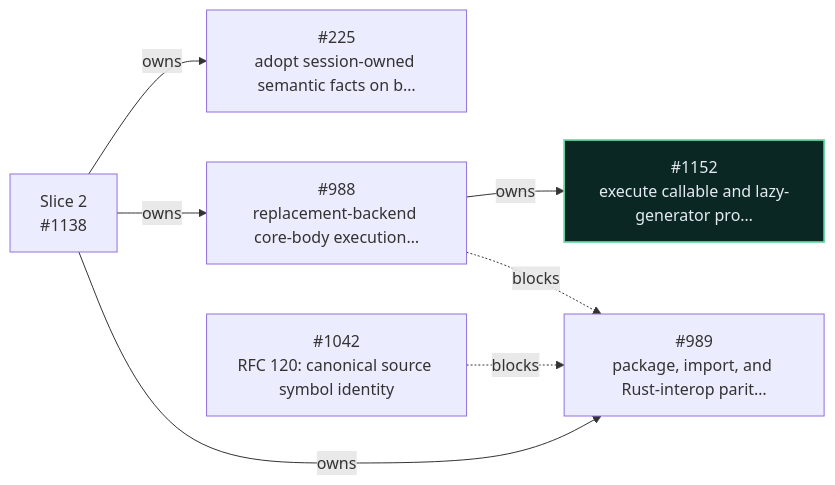
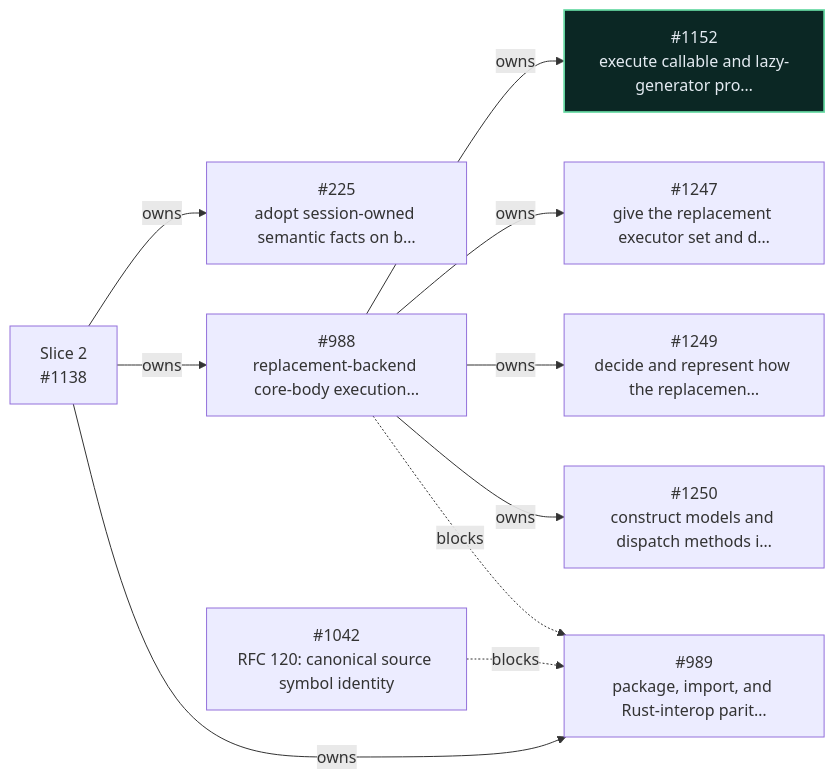
The second of 8 diagrams in workspaces/docs-site/docs/_snippets/project/v0_6_roadmap.md (dannys-code-corner/incan), drawn with Mermaid before and after one commit. The commit also changed other lines of this file and 4 other files, not shown here.

````diff
--- a/workspaces/docs-site/docs/_snippets/project/v0_6_roadmap.md
+++ b/workspaces/docs-site/docs/_snippets/project/v0_6_roadmap.md
@@ -164,23 +164,32 @@
 ```mermaid
 flowchart LR
   i225["#225<br/>adopt session-owned semantic facts on b…"]
   i988["#988<br/>replacement-backend core-body execution…"]
   i989["#989<br/>package, import, and Rust-interop parit…"]
   i1042["#1042<br/>RFC 120: canonical source symbol identity"]
   s1138["Slice 2<br/>#1138"]
   i1152["#1152<br/>execute callable and lazy-generator pro…"]
+  i1247["#1247<br/>give the replacement executor set and d…"]
+  i1249["#1249<br/>decide and represent how the replacemen…"]
+  i1250["#1250<br/>construct models and dispatch methods i…"]
   s1138 -- owns --> i225
   s1138 -- owns --> i988
   s1138 -- owns --> i989
   i988 -- owns --> i1152
+  i988 -- owns --> i1247
+  i988 -- owns --> i1249
+  i988 -- owns --> i1250
   i1042 -. blocks .-> i989
   i988 -. blocks .-> i989
   classDef incv06complete fill:#0b2724,stroke:#66d9a3,color:#e4ebf2,stroke-width:1.7px
   class i1152 incv06complete
   click i225 href "https://github.com/encero-systems/incan/issues/225" "Open #225 on GitHub"
   click i988 href "https://github.com/encero-systems/incan/issues/988" "Open #988 on GitHub"
   click i989 href "https://github.com/encero-systems/incan/issues/989" "Open #989 on GitHub"
   click i1042 href "https://github.com/encero-systems/incan/issues/1042" "Open #1042 on GitHub"
   click s1138 href "https://github.com/encero-systems/incan/issues/1138" "Open #1138 on GitHub"
   click i1152 href "https://github.com/encero-systems/incan/issues/1152" "Open #1152 on GitHub"
+  click i1247 href "https://github.com/encero-systems/incan/issues/1247" "Open #1247 on GitHub"
+  click i1249 href "https://github.com/encero-systems/incan/issues/1249" "Open #1249 on GitHub"
+  click i1250 href "https://github.com/encero-systems/incan/issues/1250" "Open #1250 on GitHub"
 ```
````
